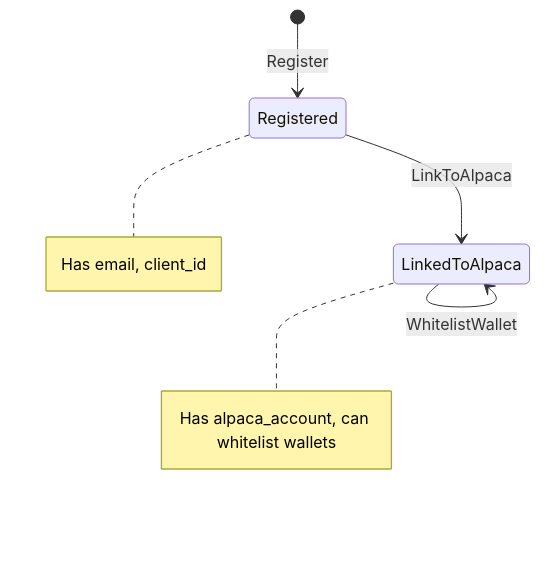
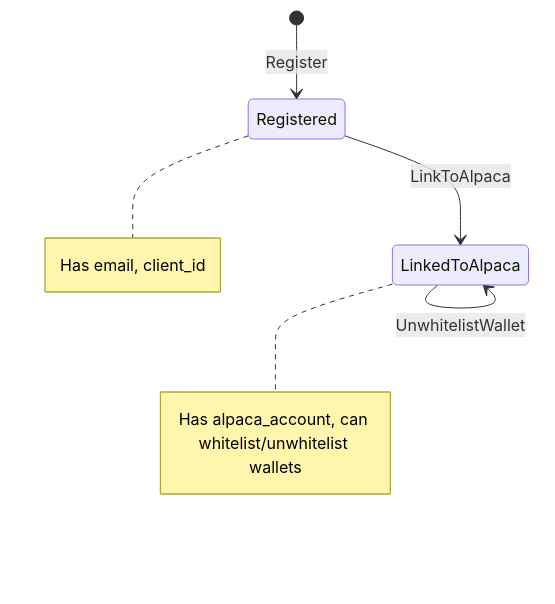
The second of 7 diagrams in SPEC.md (ST0x-Technology/st0x.issuance), drawn with Mermaid before and after one commit. The commit also changed other lines of this file and 8 other files, not shown here.

````diff
--- a/SPEC.md
+++ b/SPEC.md
@@ -347,8 +351,9 @@
 ```mermaid
 stateDiagram-v2
     [*] --> Registered: Register
     Registered --> LinkedToAlpaca: LinkToAlpaca
     LinkedToAlpaca --> LinkedToAlpaca: WhitelistWallet
+    LinkedToAlpaca --> LinkedToAlpaca: UnwhitelistWallet
     Note right of Registered: Has email, client_id
-    Note right of LinkedToAlpaca: Has alpaca_account, can whitelist wallets
+    Note right of LinkedToAlpaca: Has alpaca_account, can whitelist/unwhitelist wallets
 ```
````
